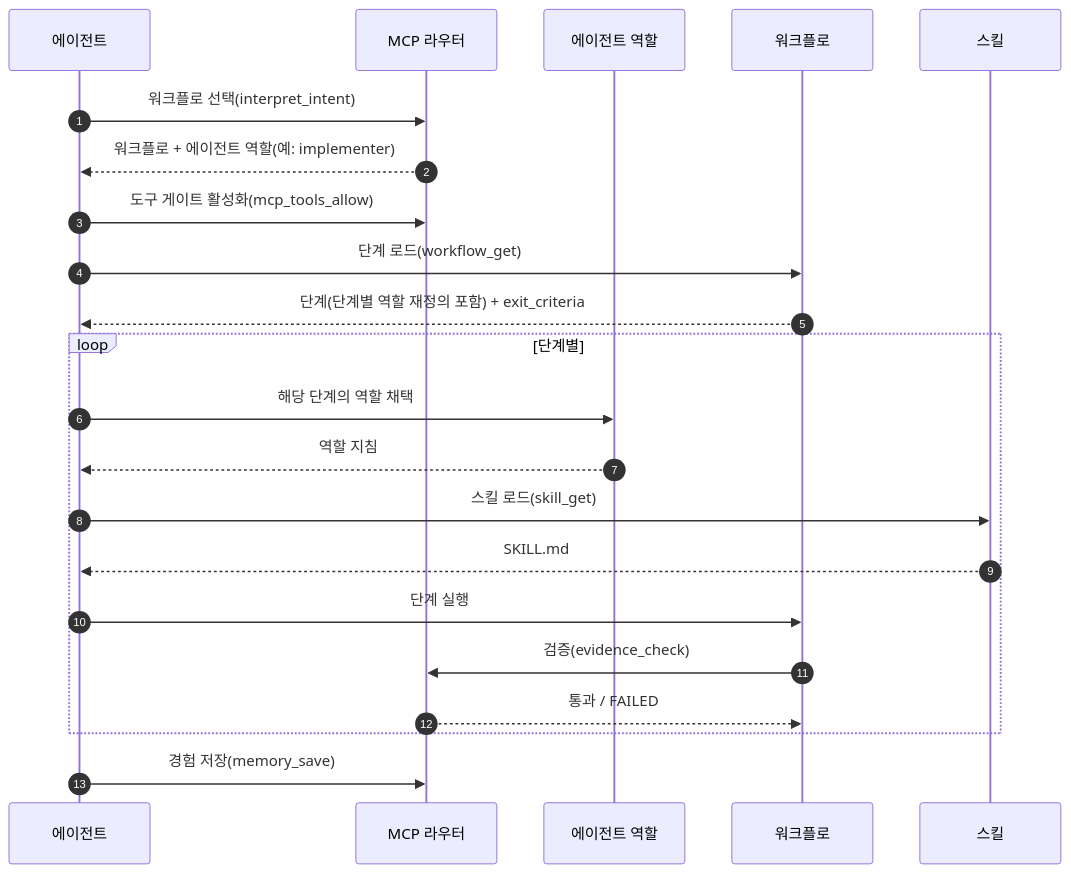
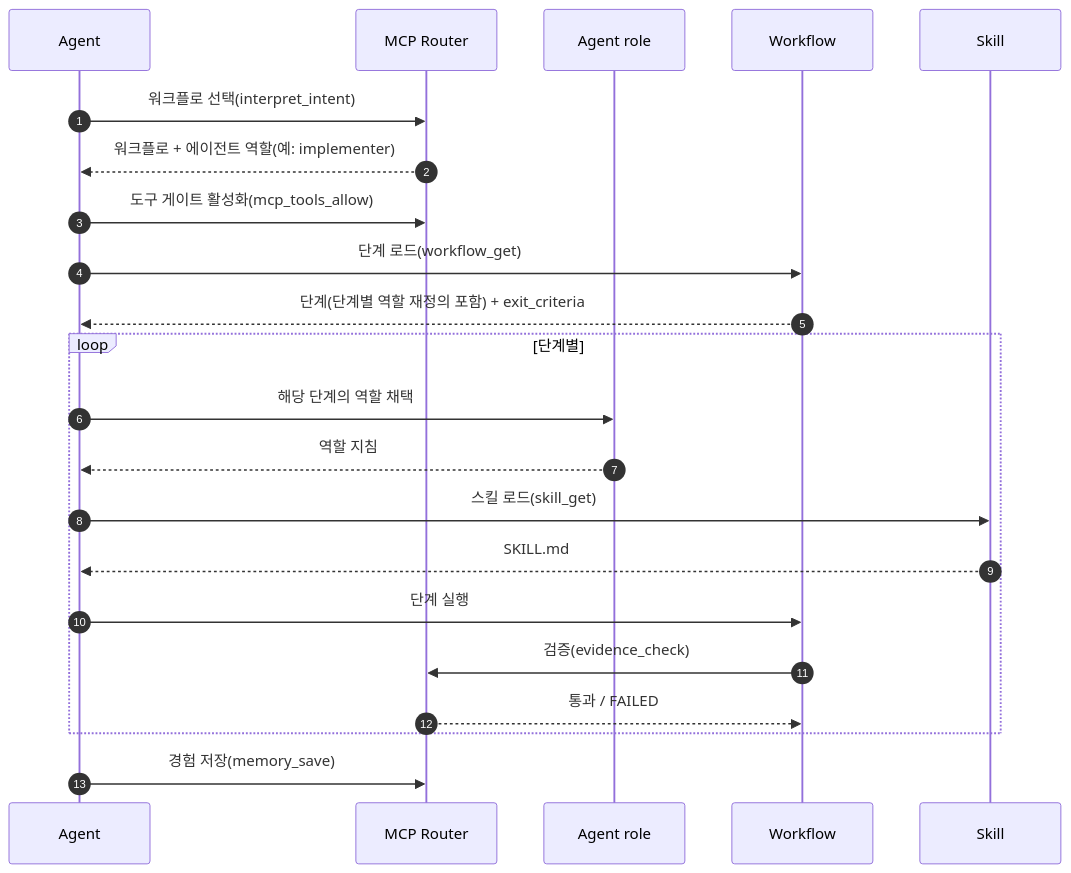
Before and after one commit to parkwoo/wawoo-agent-skills: the diagram in README.ko.md, drawn with Mermaid. The commit also changed 2 other files, not shown here.

Commit message:
docs: unify sequence-diagram participant names to English across languages

````diff
--- a/README.ko.md
+++ b/README.ko.md
@@ -62,24 +62,24 @@
 ```mermaid
 sequenceDiagram
     autonumber
-    participant A as 에이전트
-    participant R as MCP 라우터
-    participant G as 에이전트 역할
-    participant W as 워크플로
-    participant S as 스킬
+    participant A as Agent
+    participant R as MCP Router
+    participant G as Agent role
+    participant W as Workflow
+    participant S as Skill
     A->>R: 워크플로 선택(interpret_intent)
     R-->>A: 워크플로 + 에이전트 역할(예: implementer)
     A->>R: 도구 게이트 활성화(mcp_tools_allow)
     A->>W: 단계 로드(workflow_get)
     W-->>A: 단계(단계별 역할 재정의 포함) + exit_criteria
     loop 단계별
         A->>G: 해당 단계의 역할 채택
         G-->>A: 역할 지침
         A->>S: 스킬 로드(skill_get)
         S-->>A: SKILL.md
         A->>W: 단계 실행
         W->>R: 검증(evidence_check)
         R-->>W: 통과 / FAILED
     end
     A->>R: 경험 저장(memory_save)
 ```
````
